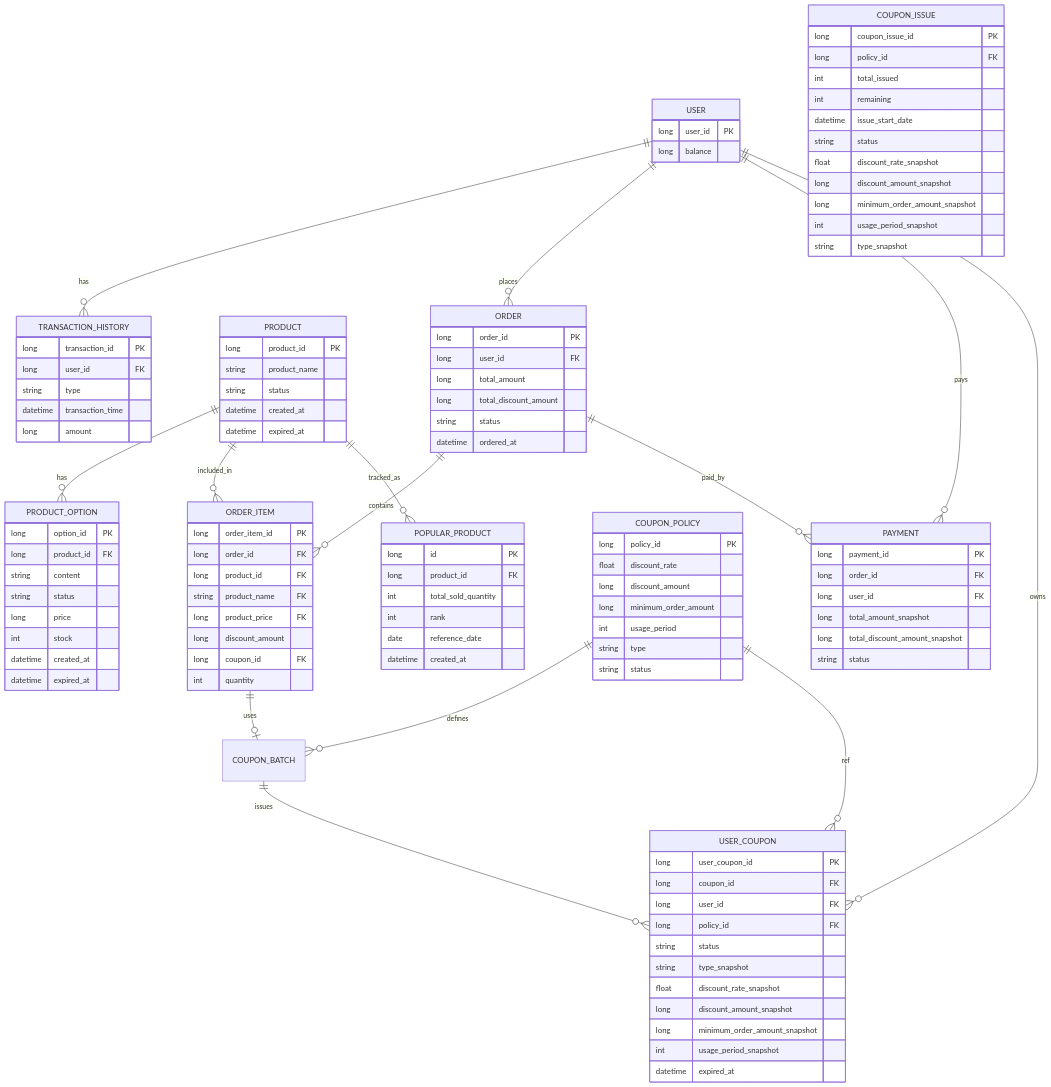
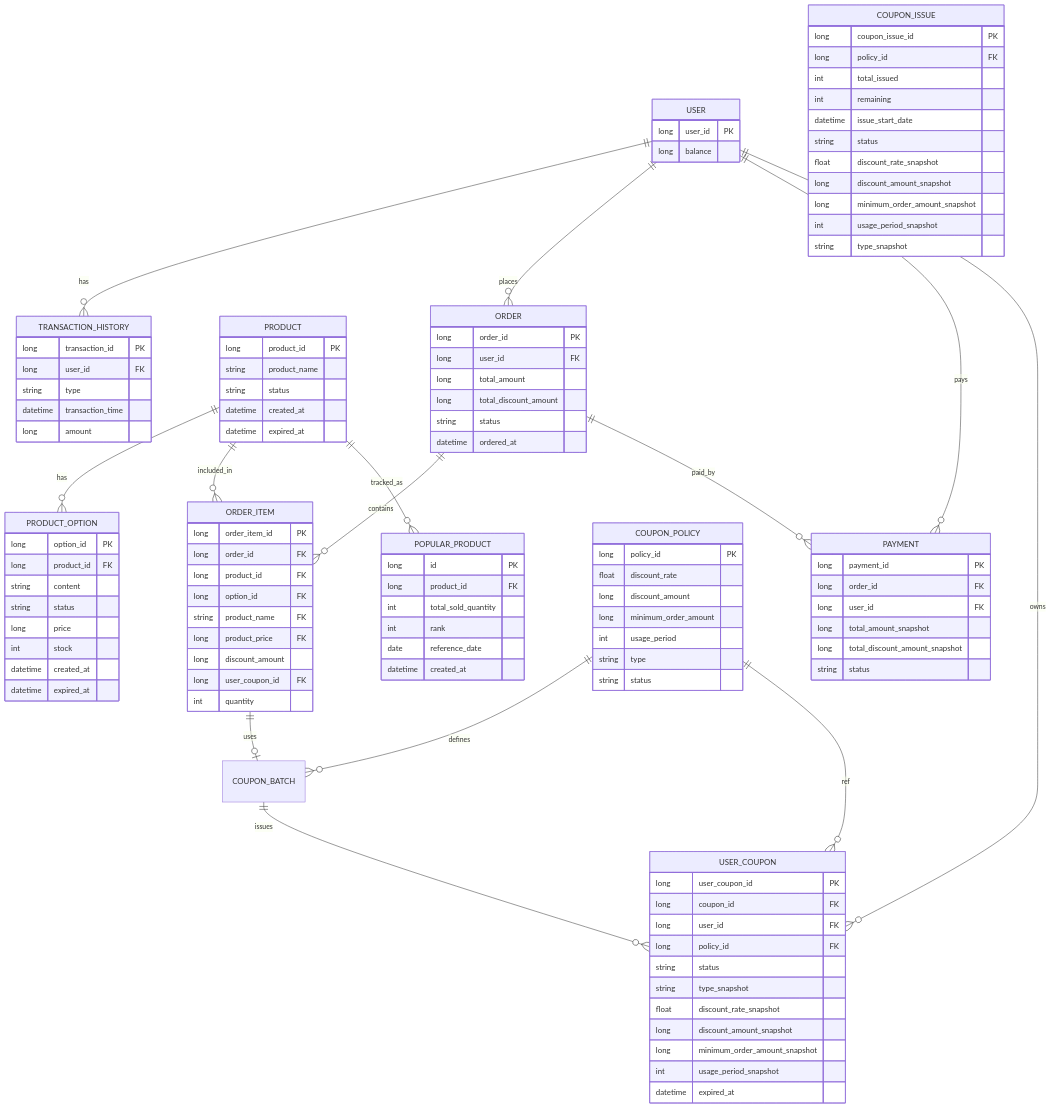
The diagram in docs/ERD.md (sky96027/e-commerce), drawn with Mermaid before and after one commit. The commit also changed 36 other files, not shown here.

```diff
--- a/docs/ERD.md
+++ b/docs/ERD.md
@@ -47,10 +47,11 @@
         long order_item_id PK
         long order_id FK
         long product_id FK
+        long option_id FK
         string product_name FK
         long product_price FK
         long discount_amount
-        long coupon_id FK
+        long user_coupon_id FK
         int quantity
     }
 
```
